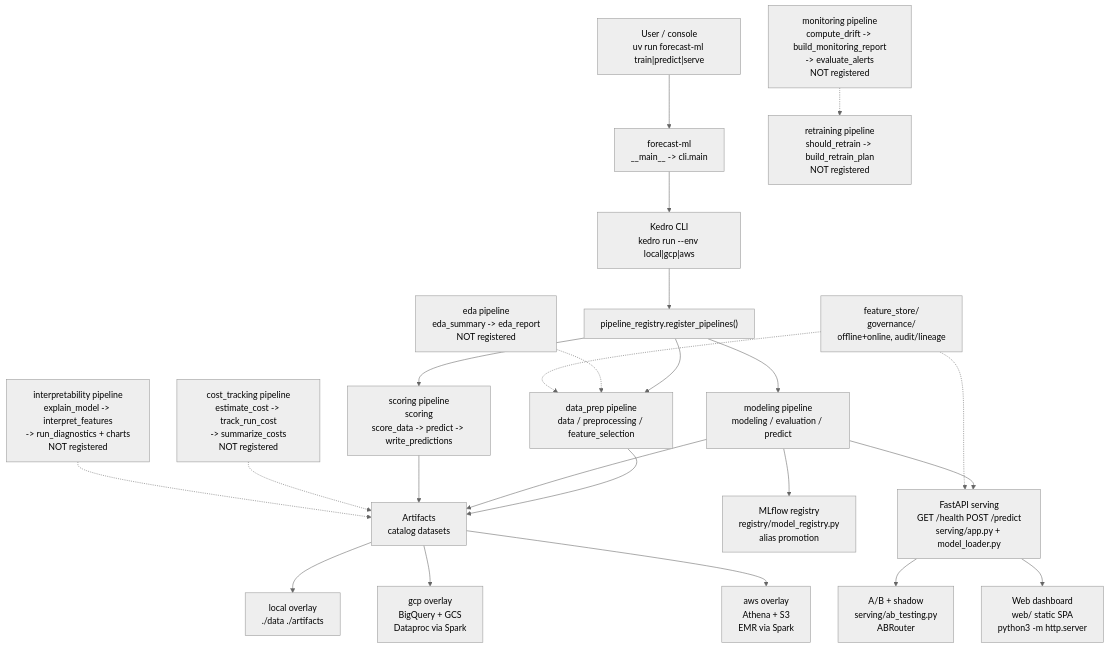
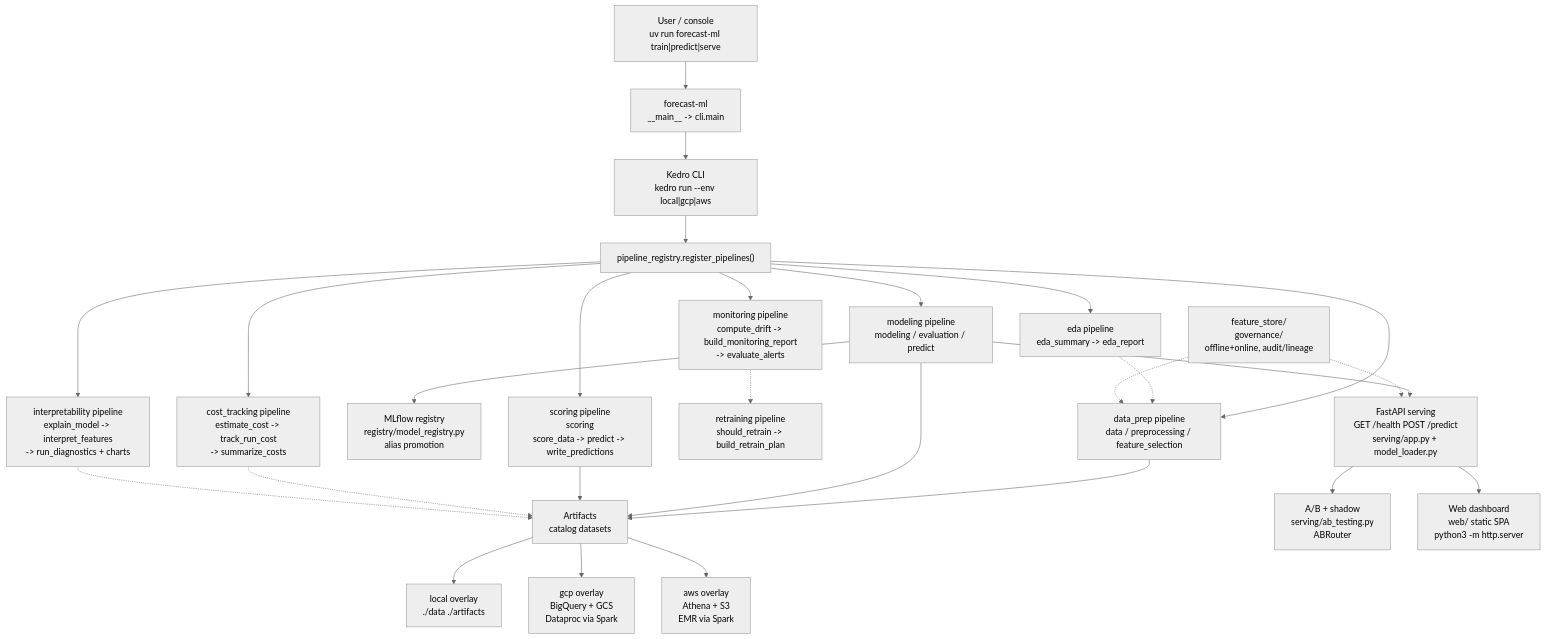
Before and after one commit to ankithaldar/all_projects: the first of 6 diagrams in forecast_ml_framework/README.md, drawn with Mermaid (neutral theme). The commit also changed other lines of this file and 46 other files, not shown here.

````diff
--- a/forecast_ml_framework/README.md
+++ b/forecast_ml_framework/README.md
@@ -259,25 +278,29 @@
 ```mermaid
 flowchart TD
   USER["User / console<br/>uv run forecast-ml train|predict|serve"] --> CLI["forecast-ml<br/>__main__ -> cli.main"]
   CLI --> KEDRO["Kedro CLI<br/>kedro run --env local|gcp|aws"]
   KEDRO --> REG["pipeline_registry.register_pipelines()"]
   REG --> DP["data_prep pipeline<br/>data / preprocessing / feature_selection"]
   REG --> MP["modeling pipeline<br/>modeling / evaluation / predict"]
   REG --> SC["scoring pipeline<br/>scoring<br/>score_data -> predict -> write_predictions"]
   DP --> ART["Artifacts<br/>catalog datasets"]
   MP --> ART
   SC --> ART
   MP --> REGISTRY["MLflow registry<br/>registry/model_registry.py<br/>alias promotion"]
   MP --> SERVE["FastAPI serving<br/>GET /health POST /predict<br/>serving/app.py + model_loader.py"]
   SERVE --> AB["A/B + shadow<br/>serving/ab_testing.py<br/>ABRouter"]
   SERVE --> WEB["Web dashboard<br/>web/ static SPA<br/>python3 -m http.server"]
   ART --> LOCAL["local overlay<br/>./data ./artifacts"]
   ART --> GCP["gcp overlay<br/>BigQuery + GCS<br/>Dataproc via Spark"]
   ART --> AWS["aws overlay<br/>Athena + S3<br/>EMR via Spark"]
-  EDA["eda pipeline<br/>eda_summary -> eda_report<br/>NOT registered"] -.-> DP
-  MON["monitoring pipeline<br/>compute_drift -> build_monitoring_report<br/>-> evaluate_alerts<br/>NOT registered"] -.-> RET["retraining pipeline<br/>should_retrain -> build_retrain_plan<br/>NOT registered"]
-  COST["cost_tracking pipeline<br/>estimate_cost -> track_run_cost<br/>-> summarize_costs<br/>NOT registered"] -.-> ART
-  INTERP["interpretability pipeline<br/>explain_model -> interpret_features<br/>-> run_diagnostics + charts<br/>NOT registered"] -.-> ART
+  REG --> EDA["eda pipeline<br/>eda_summary -> eda_report"]
+  EDA -.-> DP
+  REG --> MON["monitoring pipeline<br/>compute_drift -> build_monitoring_report<br/>-> evaluate_alerts"]
+  MON -.-> RET["retraining pipeline<br/>should_retrain -> build_retrain_plan"]
+  REG --> COST["cost_tracking pipeline<br/>estimate_cost -> track_run_cost<br/>-> summarize_costs"]
+  COST -.-> ART
+  REG --> INTERP["interpretability pipeline<br/>explain_model -> interpret_features<br/>-> run_diagnostics + charts"]
+  INTERP -.-> ART
   FS["feature_store/<br/>governance/<br/>offline+online, audit/lineage"] -.-> DP
   FS -.-> SERVE
 ```
````
